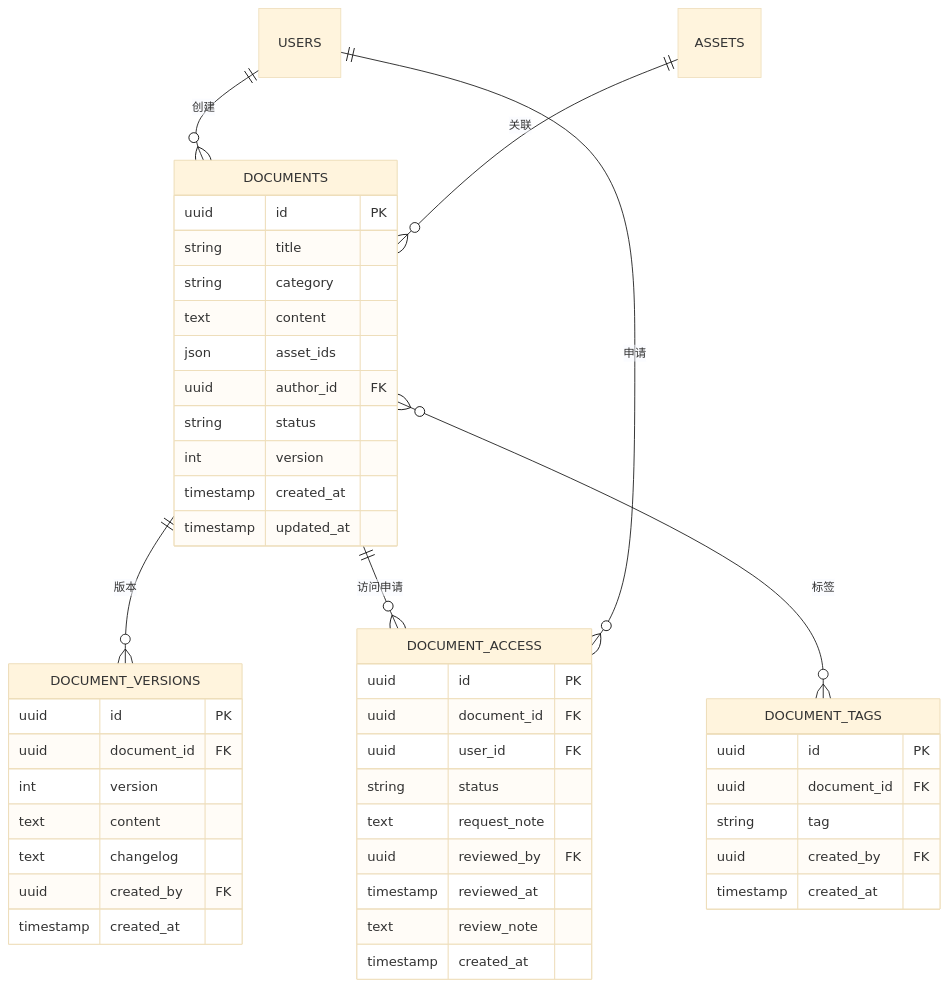
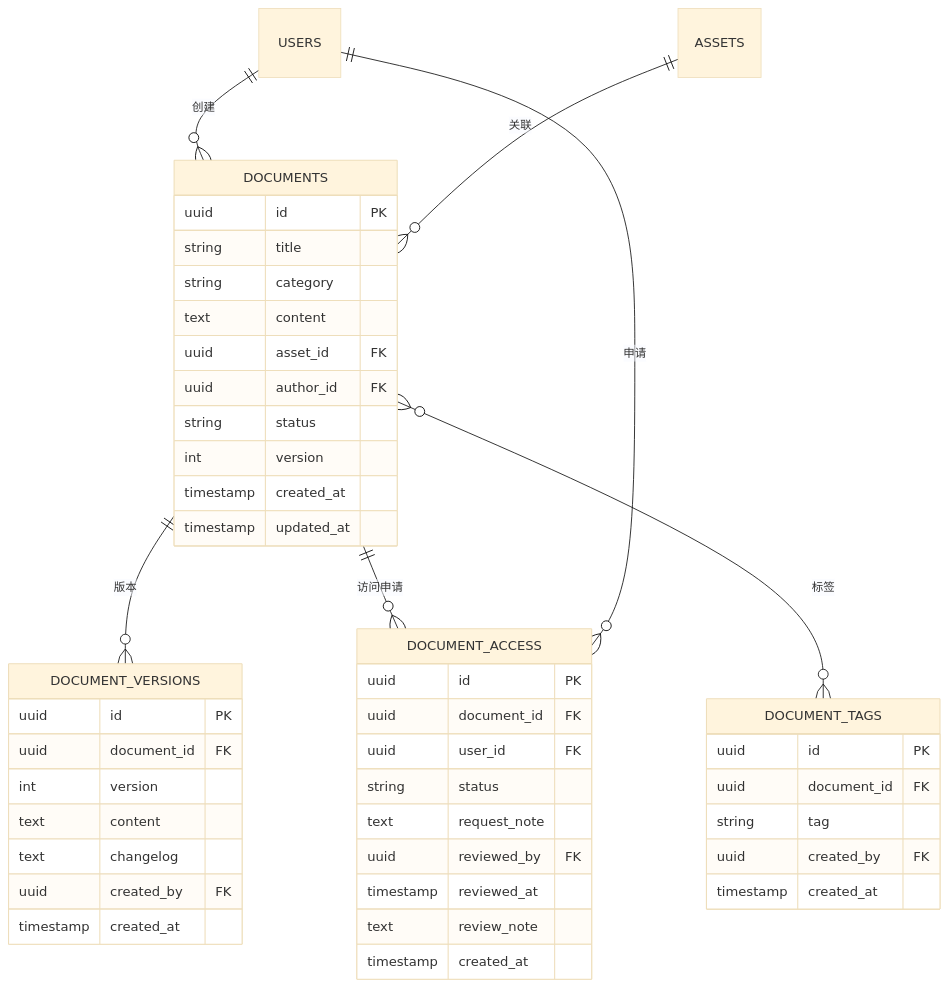
One commit to dayutech/Vuln-Audit-Lifecycle-Management changed the fourth of 12 diagrams in docs/design/er_diagram.md. Above: the diagram before and after it, drawn with Mermaid (base theme). The commit also changed other lines of this file and 11 other files, not shown here.

````diff
--- a/docs/design/er_diagram.md
+++ b/docs/design/er_diagram.md
@@ -304,52 +303,52 @@
 ```mermaid
 erDiagram
     USERS ||--o{ DOCUMENTS : "创建"
     ASSETS ||--o{ DOCUMENTS : "关联"
     DOCUMENTS ||--o{ DOCUMENT_VERSIONS : "版本"
     DOCUMENTS ||--o{ DOCUMENT_ACCESS : "访问申请"
     DOCUMENTS }o--o{ DOCUMENT_TAGS : "标签"
     USERS ||--o{ DOCUMENT_ACCESS : "申请"
     
     DOCUMENTS {
         uuid id PK
         string title
         string category
         text content
-        json asset_ids
+        uuid asset_id FK
         uuid author_id FK
         string status
         int version
         timestamp created_at
         timestamp updated_at
     }
     
     DOCUMENT_VERSIONS {
         uuid id PK
         uuid document_id FK
         int version
         text content
         text changelog
         uuid created_by FK
         timestamp created_at
     }
     
     DOCUMENT_ACCESS {
         uuid id PK
         uuid document_id FK
         uuid user_id FK
         string status
         text request_note
         uuid reviewed_by FK
         timestamp reviewed_at
         text review_note
         timestamp created_at
     }
     
     DOCUMENT_TAGS {
         uuid id PK
         uuid document_id FK
         string tag
         uuid created_by FK
         timestamp created_at
     }
 ```
````
